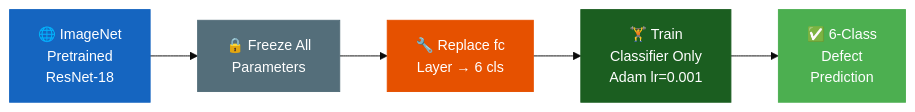
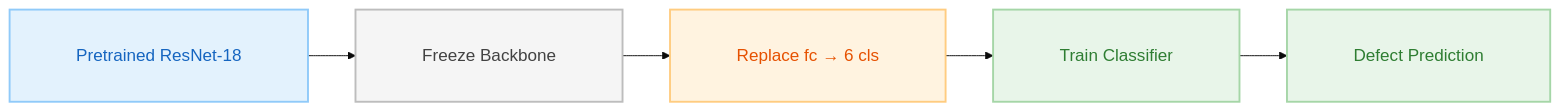
The first of 4 diagrams in DL.qmd (buttegggggggg/buttegggggggg.github.io), drawn with Mermaid before and after one commit. The commit also changed other lines of this file and 79 other files, not shown here.

````diff
--- a/DL.qmd
+++ b/DL.qmd
@@ -60,17 +59,11 @@
 ```{mermaid}
-%%{init: {"theme": "base", "themeVariables": {"fontSize": "15px"}}}%%
+%%{init: {"theme": "base", "themeVariables": {"fontSize": "18px"}, "flowchart": {"padding": 35}}}%%
 flowchart LR
-    A["🌐 ImageNet<br/>Pretrained<br/>ResNet-18"]
-    B["🔒 Freeze All<br/>Parameters"]
-    C["🔧 Replace fc<br/>Layer → 6 cls"]
-    D["🏋️ Train<br/>Classifier Only<br/>Adam lr=0.001"]
-    E["✅ 6-Class<br/>Defect<br/>Prediction"]
+    A["Pretrained ResNet-18     "] --> B["Freeze Backbone     "] --> C["Replace fc → 6 cls     "] --> D["Train Classifier     "] --> E["Defect Prediction     "]
 
-    A --> B --> C --> D --> E
-
-    style A fill:#1565C0,color:#ffffff,stroke:#1565C0
-    style B fill:#546E7A,color:#ffffff,stroke:#546E7A
-    style C fill:#E65100,color:#ffffff,stroke:#E65100
-    style D fill:#1B5E20,color:#ffffff,stroke:#1B5E20
-    style E fill:#4CAF50,color:#ffffff,stroke:#4CAF50
+    style A fill:#E3F2FD,color:#1565C0,stroke:#90CAF9,stroke-width:2px
+    style B fill:#F5F5F5,color:#424242,stroke:#BDBDBD,stroke-width:2px
+    style C fill:#FFF3E0,color:#E65100,stroke:#FFCC80,stroke-width:2px
+    style D fill:#E8F5E9,color:#2E7D32,stroke:#A5D6A7,stroke-width:2px
+    style E fill:#E8F5E9,color:#2E7D32,stroke:#A5D6A7,stroke-width:2px
 ```
````
